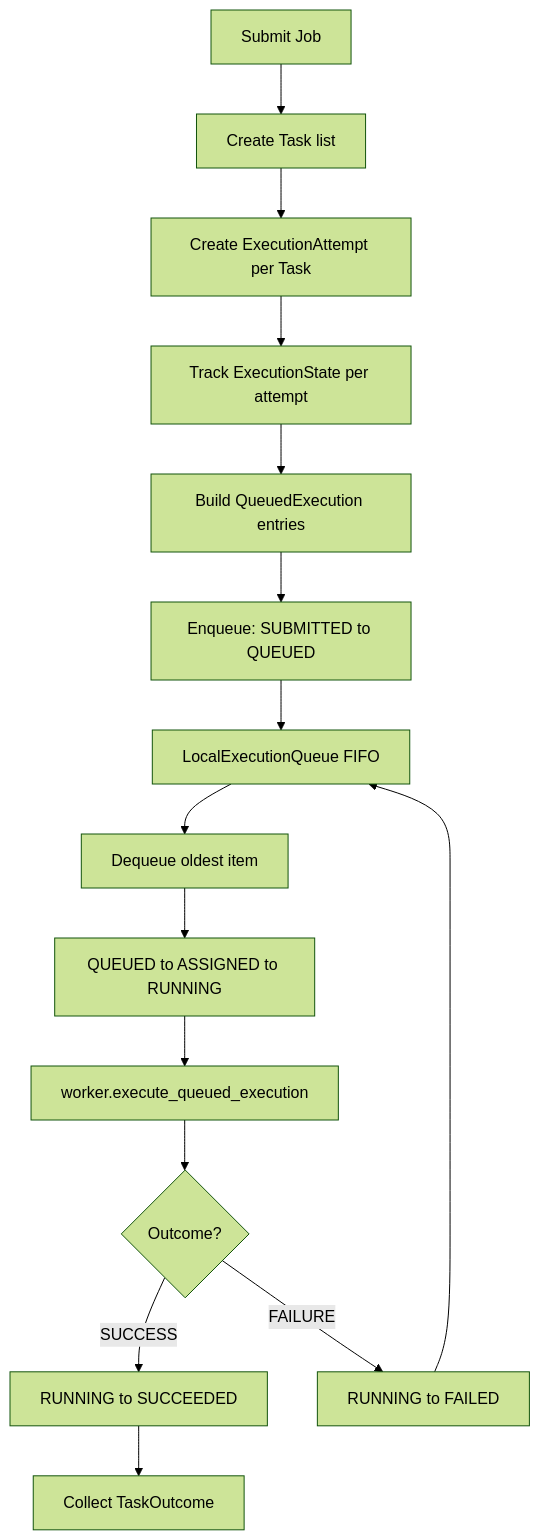
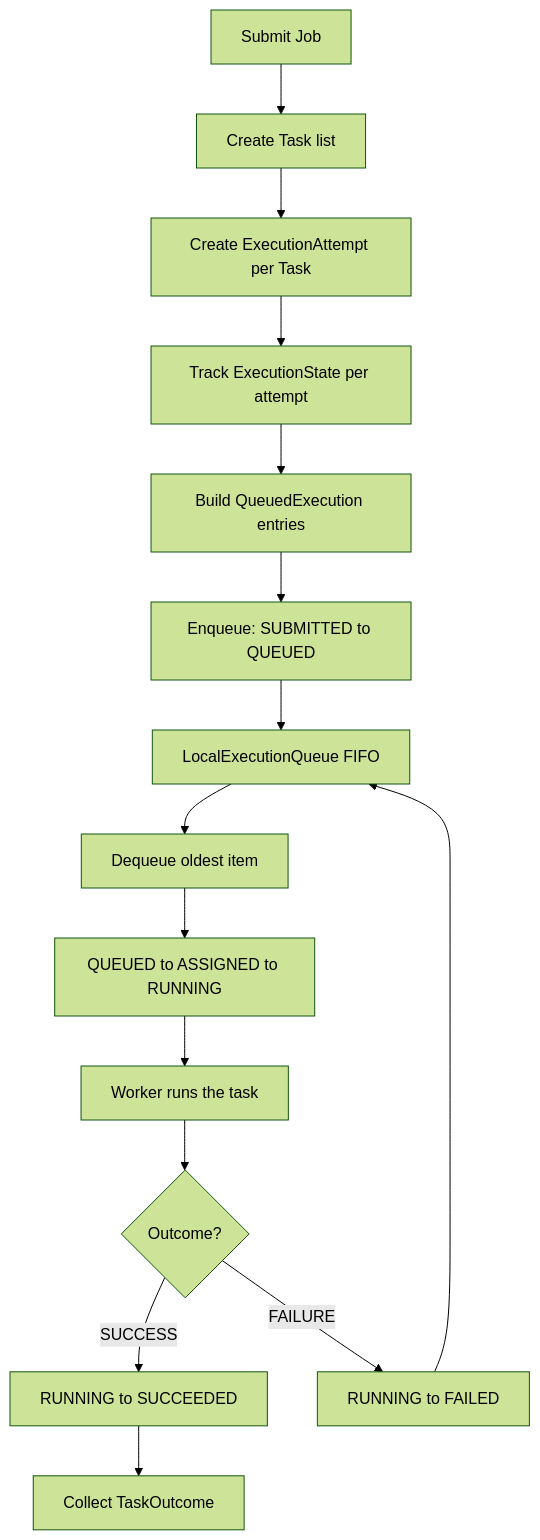
Before and after one commit to AryanArya11/eve: the diagram in README.md, drawn with Mermaid (forest theme).

Commit message:
docs: use plain English for worker step in flowchart

````diff
--- a/README.md
+++ b/README.md
@@ -40,17 +40,17 @@
 ```mermaid
 flowchart TD
     submit[Submit Job] --> tasks[Create Task list]
     tasks --> attempts[Create ExecutionAttempt per Task]
     attempts --> memory[Track ExecutionState per attempt]
     memory --> build[Build QueuedExecution entries]
     build --> enqueue["Enqueue: SUBMITTED to QUEUED"]
     enqueue --> fifo[LocalExecutionQueue FIFO]
     fifo --> dequeue[Dequeue oldest item]
     dequeue --> assign["QUEUED to ASSIGNED to RUNNING"]
-    assign --> worker["worker.execute_queued_execution"]
+    assign --> worker["Worker runs the task"]
     worker --> success{Outcome?}
     success -->|SUCCESS| succeeded[RUNNING to SUCCEEDED]
     success -->|FAILURE| failed[RUNNING to FAILED]
     succeeded --> collect[Collect TaskOutcome]
     failed --> fifo
 ```
````
